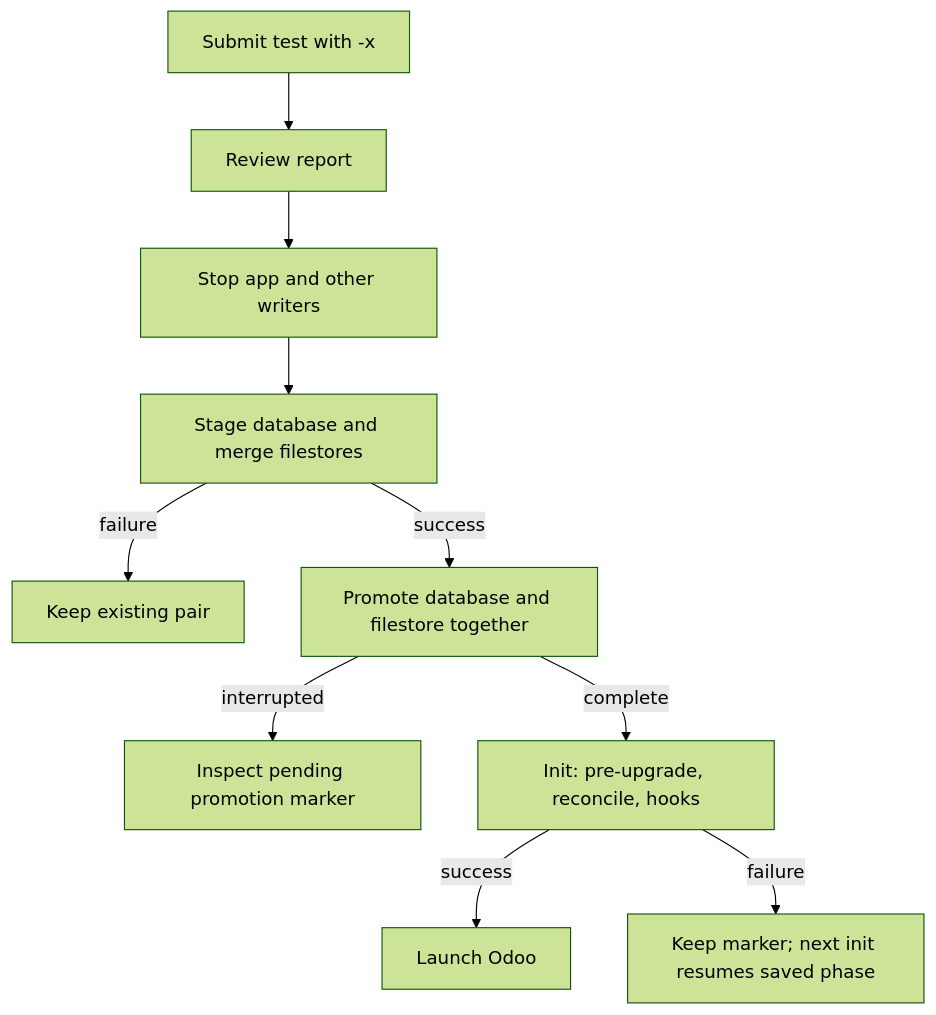
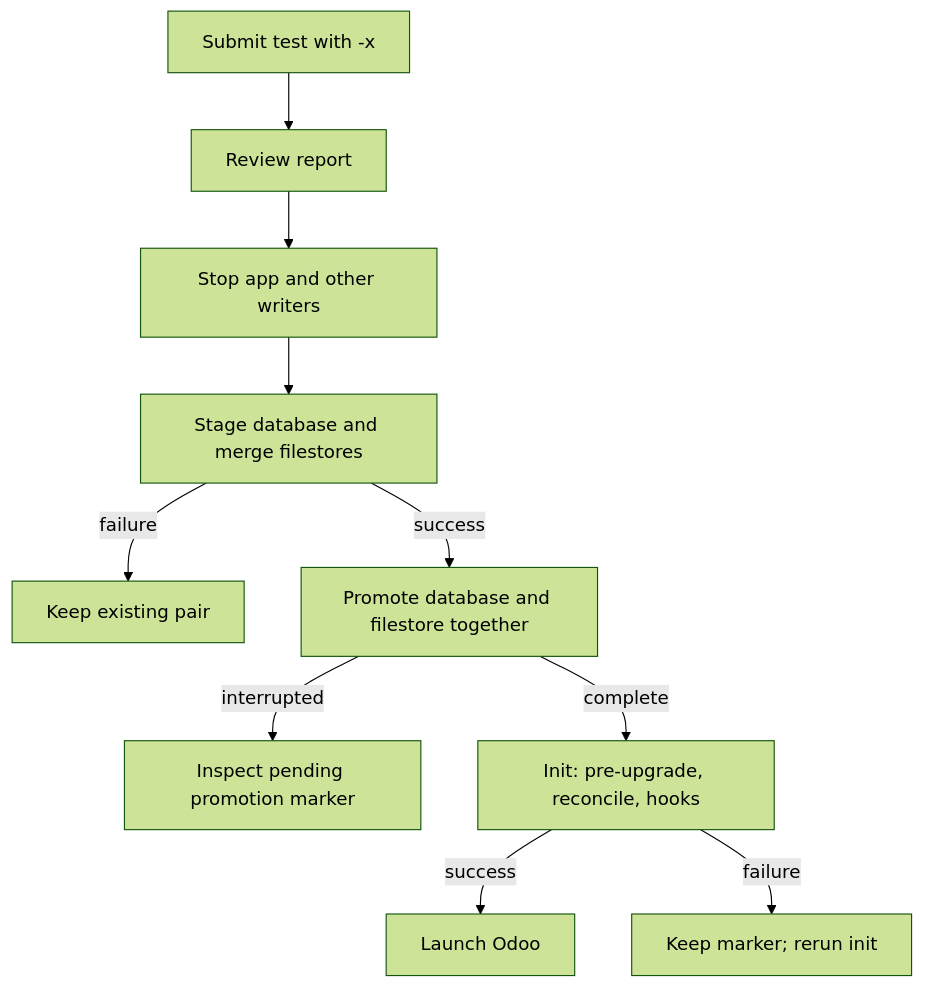
The second of 2 diagrams in docs/lifecycle.md (OpenJKSoftware/gOdoo), drawn with Mermaid (forest theme) before and after one commit. The commit also changed other lines of this file and 33 other files, not shown here.

````diff
--- a/docs/lifecycle.md
+++ b/docs/lifecycle.md
@@ -165,12 +161,12 @@
 ```mermaid
 flowchart TD
     Submit[Submit test with -x] --> Report[Review report]
     Report --> Stop[Stop app and other writers]
     Stop --> Stage[Stage database and merge filestores]
     Stage -->|failure| OldPair[Keep existing pair]
     Stage -->|success| Promote[Promote database and filestore together]
     Promote -->|interrupted| Recovery[Inspect pending promotion marker]
     Promote -->|complete| Init[Init: pre-upgrade, reconcile, hooks]
     Init -->|success| Launch[Launch Odoo]
-    Init -->|failure| Retry[Keep marker; next init resumes saved phase]
+    Init -->|failure| Retry[Keep marker; rerun init]
 ```
````
